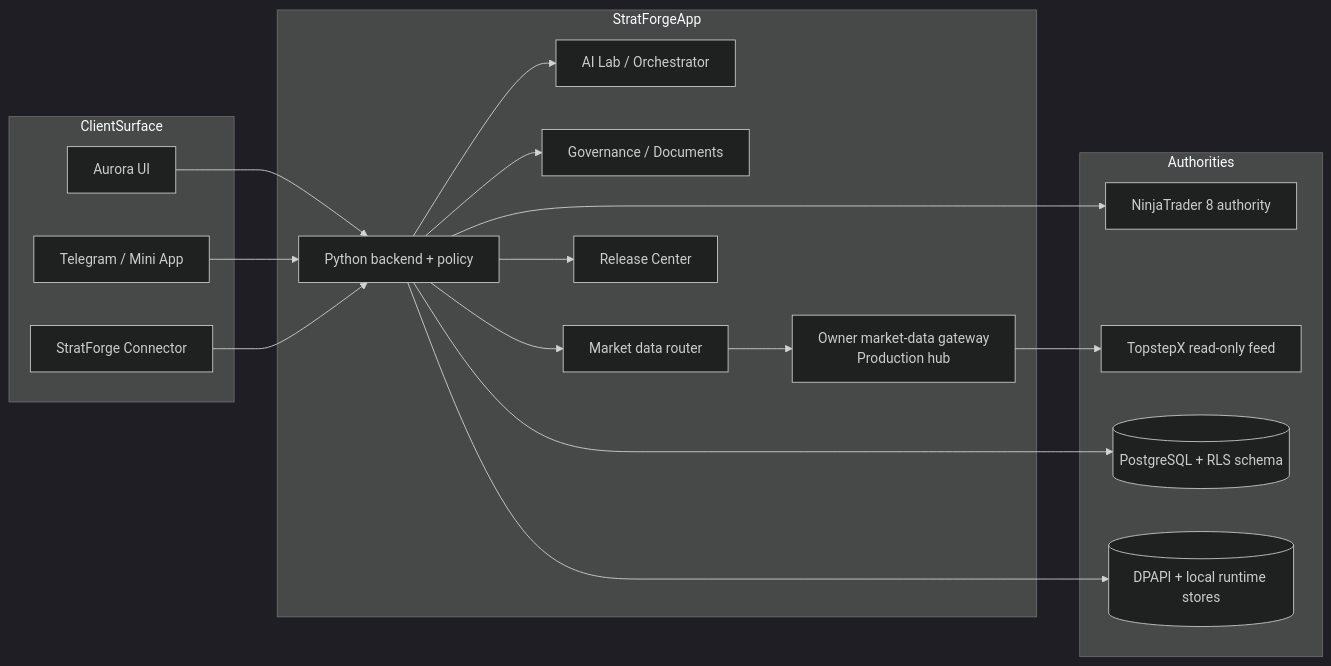
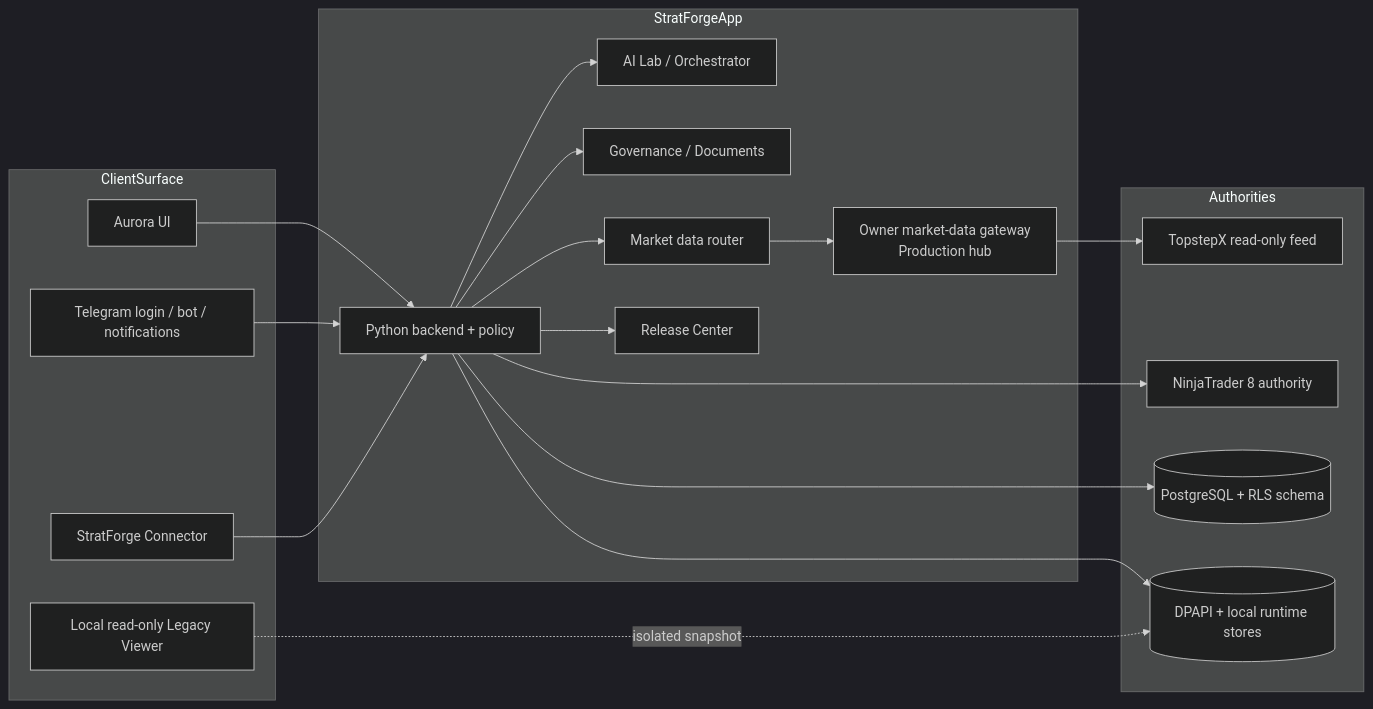
The diagram in NT-Analyzer/docs/external-gpt-context/03_ARCHITECTURE_AND_DATA_MODEL.md (OMNOM-111/NT-Analyzer), drawn with Mermaid (dark theme) before and after one commit. The commit also changed other lines of this file and 67 other files, not shown here.

````diff
--- a/NT-Analyzer/docs/external-gpt-context/03_ARCHITECTURE_AND_DATA_MODEL.md
+++ b/NT-Analyzer/docs/external-gpt-context/03_ARCHITECTURE_AND_DATA_MODEL.md
@@ -11,37 +11,39 @@
 ```mermaid
 flowchart LR
   subgraph ClientSurface
     Browser[Aurora UI]
-    Telegram[Telegram / Mini App]
+    Telegram[Telegram login / bot / notifications]
     Connector[StratForge Connector]
+    Legacy[Local read-only Legacy Viewer]
   end
 
   subgraph StratForgeApp
     API[Python backend + policy]
     Agents[AI Lab / Orchestrator]
     Docs[Governance / Documents]
     MD[Market data router]
     Gateway[Owner market-data gateway<br/>Production hub]
     RC[Release Center]
   end
 
   subgraph Authorities
     NT[NinjaTrader 8 authority]
     TS[TopstepX read-only feed]
     PG[(PostgreSQL + RLS schema)]
     Local[(DPAPI + local runtime stores)]
   end
 
   Browser --> API
   Telegram --> API
   Connector --> API
+  Legacy -. isolated snapshot .-> Local
   API --> Agents
   API --> Docs
   API --> MD
   API --> RC
   API --> NT
   MD --> Gateway
   Gateway --> TS
   API --> PG
   API --> Local
 ```
````
